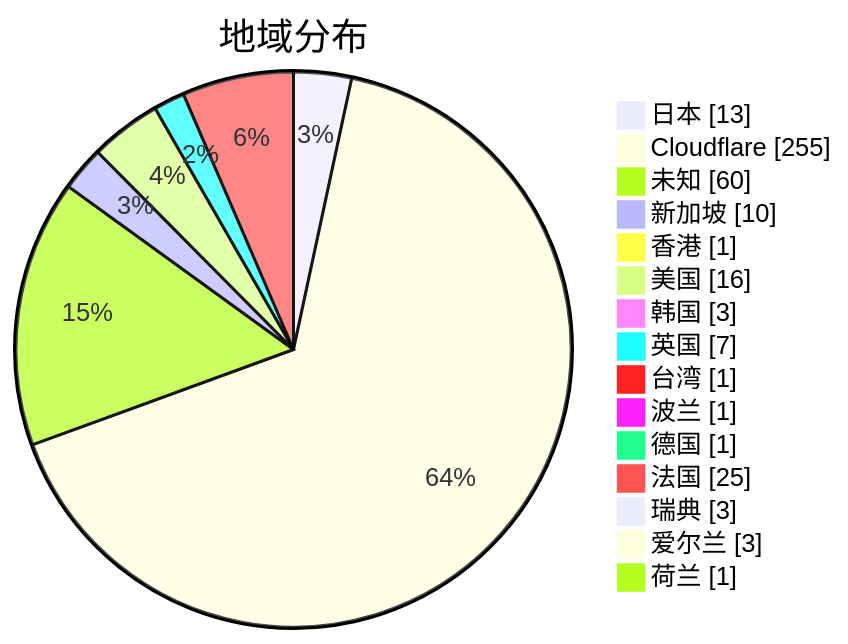
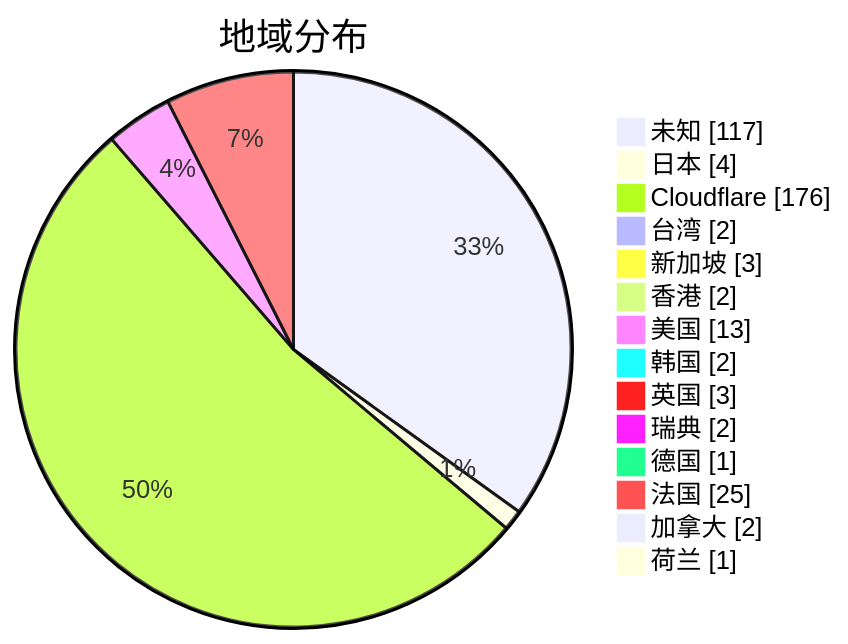
Before and after one commit to qjlxg/airport: the second of 3 diagrams in subs/statistics/tested_within.md, drawn with Mermaid. The commit also changed other lines of this file and 2 other files, not shown here.

````diff
--- a/subs/statistics/tested_within.md
+++ b/subs/statistics/tested_within.md
@@ -14,19 +14,18 @@
 ```mermaid
 pie showData
 title 地域分布
-"日本" : 13
-"Cloudflare" : 255
-"未知" : 60
-"新加坡" : 10
-"香港" : 1
-"美国" : 16
-"韩国" : 3
-"英国" : 7
-"台湾" : 1
-"波兰" : 1
+"未知" : 117
+"日本" : 4
+"Cloudflare" : 176
+"台湾" : 2
+"新加坡" : 3
+"香港" : 2
+"美国" : 13
+"韩国" : 2
+"英国" : 3
+"瑞典" : 2
 "德国" : 1
 "法国" : 25
-"瑞典" : 3
-"爱尔兰" : 3
+"加拿大" : 2
 "荷兰" : 1
 ```
````
